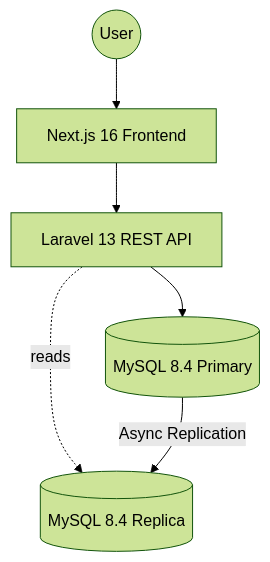
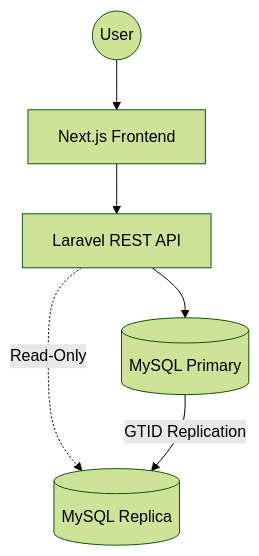
The diagram in docs/SDD.md (markalvincadangin/havenstay), drawn with Mermaid (forest theme) before and after one commit. The commit also changed other lines of this file and 218 other files, not shown here.

````diff
--- a/docs/SDD.md
+++ b/docs/SDD.md
@@ -55,14 +51,14 @@
 ```mermaid
 graph TD
     User((User))
-    UI[Next.js 16 Frontend]
-    API[Laravel 13 REST API]
-    DB_P[(MySQL 8.4 Primary)]
-    DB_R[(MySQL 8.4 Replica)]
+    UI[Next.js Frontend]
+    API[Laravel REST API]
+    DB_P[(MySQL Primary)]
+    DB_R[(MySQL Replica)]
 
     User --> UI
     UI --> API
     API --> DB_P
-    API -.->|reads| DB_R
-    DB_P -- Async Replication --> DB_R
+    API -.->|Read-Only| DB_R
+    DB_P -- GTID Replication --> DB_R
 ```
````
